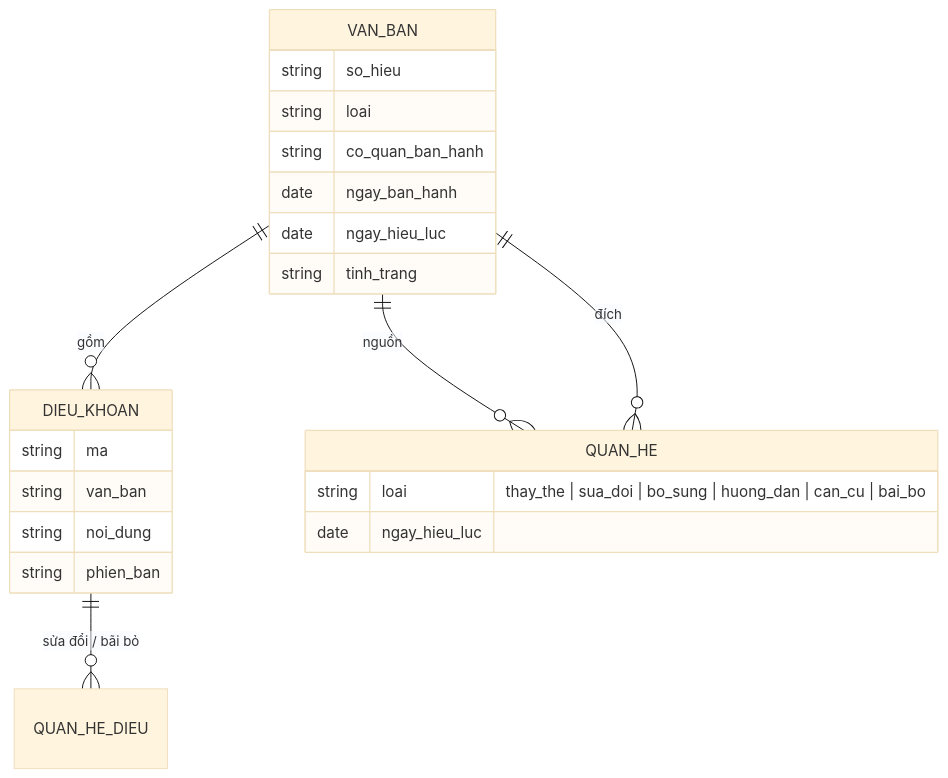
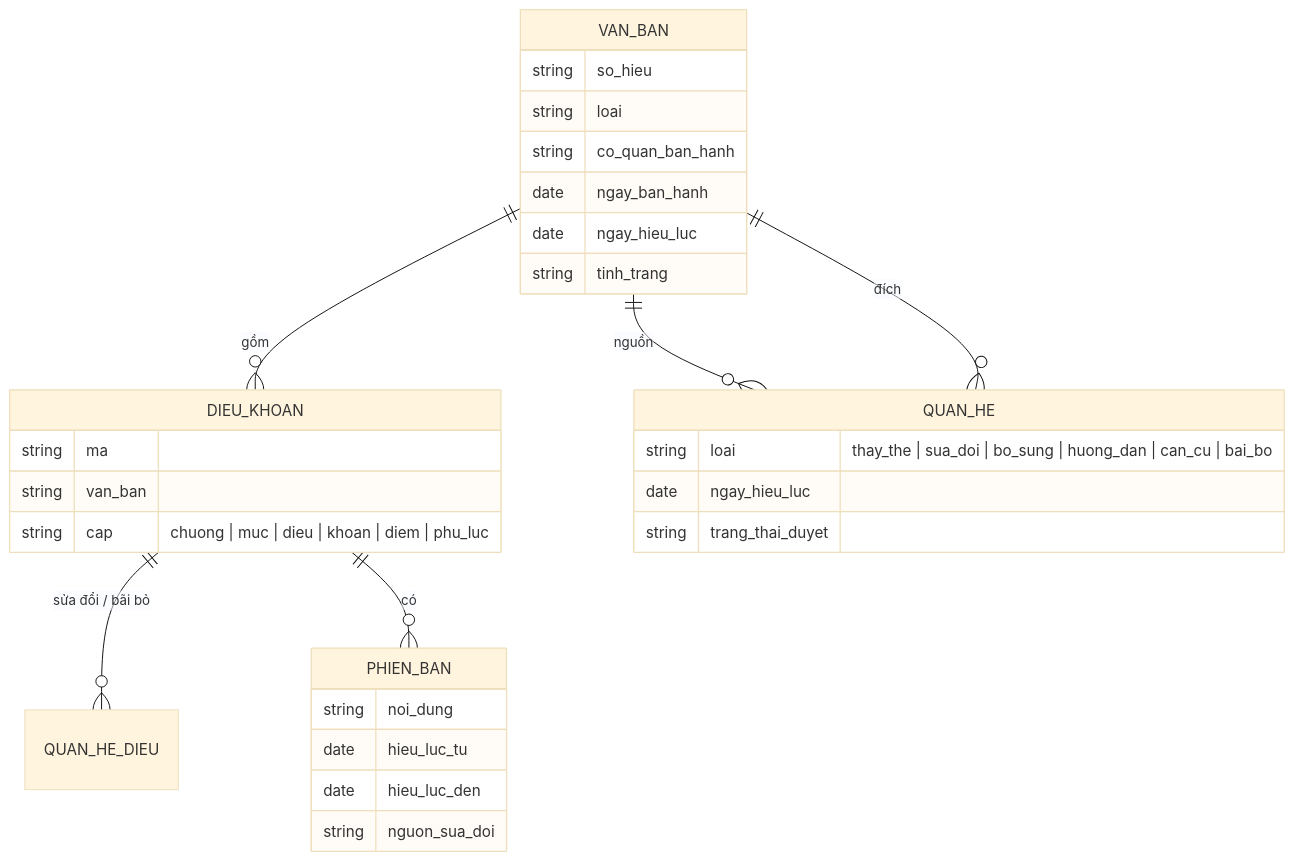
One commit to vinhWater/ai-copilot-du-toan-xay-dung changed the second of 2 diagrams in README.md. Above: the diagram before and after it, drawn with Mermaid (base theme). The commit also changed other lines of this file, not shown here.

````diff
--- a/README.md
+++ b/README.md
@@ -128,26 +174,33 @@
 ```mermaid
 erDiagram
     VAN_BAN ||--o{ DIEU_KHOAN : "gồm"
     VAN_BAN ||--o{ QUAN_HE : "nguồn"
     VAN_BAN ||--o{ QUAN_HE : "đích"
     DIEU_KHOAN ||--o{ QUAN_HE_DIEU : "sửa đổi / bãi bỏ"
+    DIEU_KHOAN ||--o{ PHIEN_BAN : "có"
 
     VAN_BAN {
         string so_hieu
         string loai
         string co_quan_ban_hanh
         date ngay_ban_hanh
         date ngay_hieu_luc
         string tinh_trang
     }
     DIEU_KHOAN {
         string ma
         string van_ban
+        string cap "chuong | muc | dieu | khoan | diem | phu_luc"
+    }
+    PHIEN_BAN {
         string noi_dung
-        string phien_ban
+        date hieu_luc_tu
+        date hieu_luc_den
+        string nguon_sua_doi
     }
     QUAN_HE {
         string loai "thay_the | sua_doi | bo_sung | huong_dan | can_cu | bai_bo"
         date ngay_hieu_luc
+        string trang_thai_duyet
     }
 ```
````
